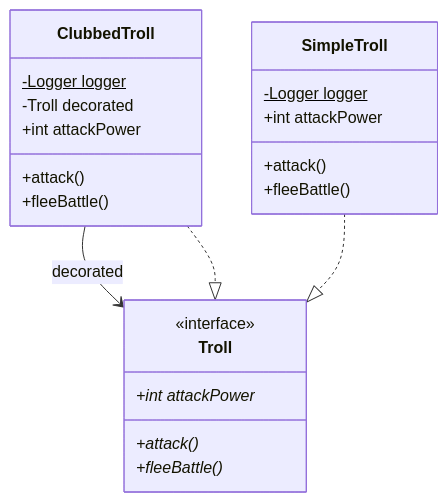
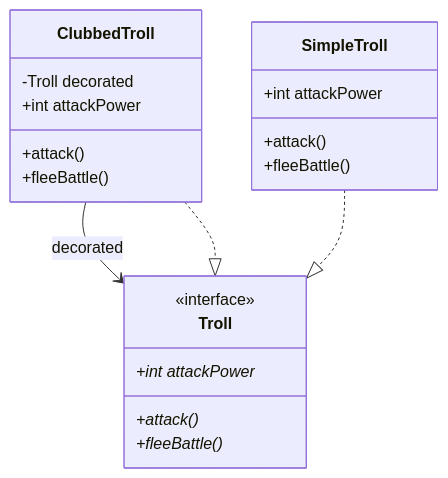
Before and after one commit to yonatankarp/kotlin-design-patterns: the diagram in decorator/README.md, drawn with Mermaid. The commit also changed 8 other files, not shown here.

First line of the commit message:
Fix Mermaid diagrams to match actual Kotlin implementations

````diff
--- a/decorator/README.md
+++ b/decorator/README.md
@@ -130,25 +130,23 @@
 ```mermaid
 classDiagram
     class Troll {
         <<interface>>
         +attack()*
         +fleeBattle()*
         +int attackPower*
     }
     class SimpleTroll {
-        -Logger logger$
         +attack()
         +fleeBattle()
         +int attackPower
     }
     class ClubbedTroll {
-        -Logger logger$
         -Troll decorated
         +attack()
         +fleeBattle()
         +int attackPower
     }
     ClubbedTroll --> Troll : decorated
     ClubbedTroll ..|> Troll
     SimpleTroll ..|> Troll
 ```
````
